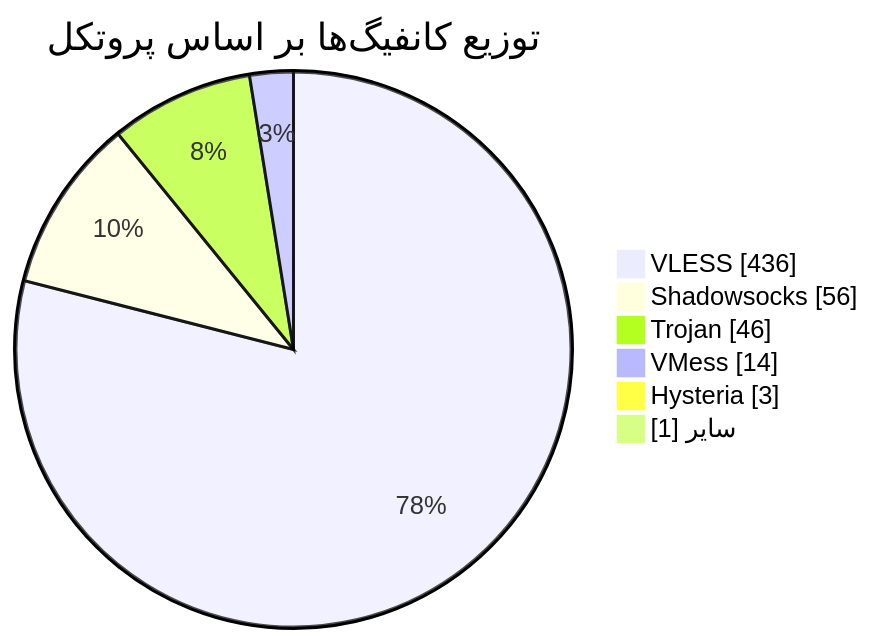
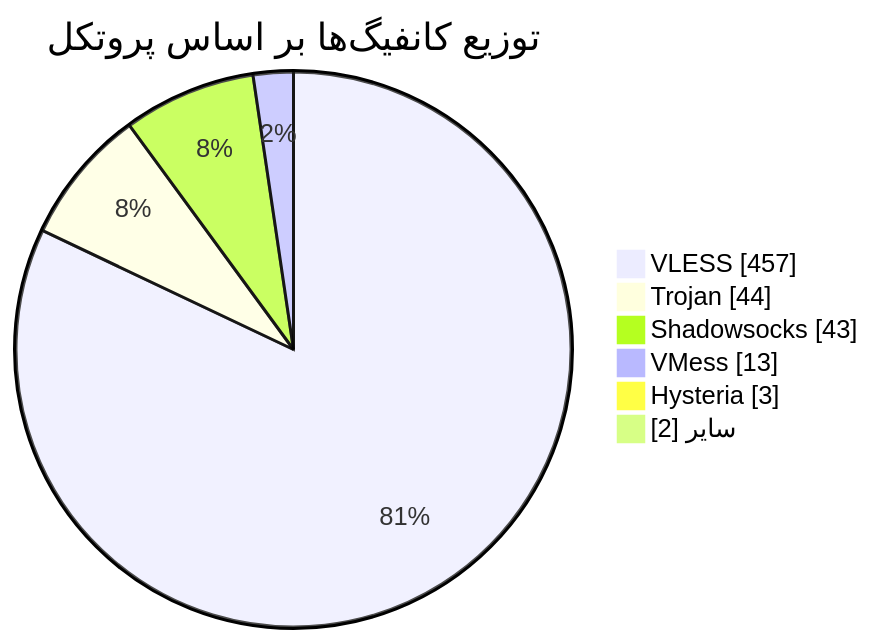
The diagram in README.md (Arian-Alijani/Somthing), drawn with Mermaid before and after one commit. The commit also changed other lines of this file and 71 other files, not shown here.

````diff
--- a/README.md
+++ b/README.md
@@ -48,10 +48,10 @@
 ```mermaid
 pie showData
     title توزیع کانفیگ‌ها بر اساس پروتکل
-    "VLESS" : 436
-    "Shadowsocks" : 56
-    "Trojan" : 46
-    "VMess" : 14
+    "VLESS" : 457
+    "Trojan" : 44
+    "Shadowsocks" : 43
+    "VMess" : 13
     "Hysteria" : 3
-    "سایر" : 1
+    "سایر" : 2
 ```
````
